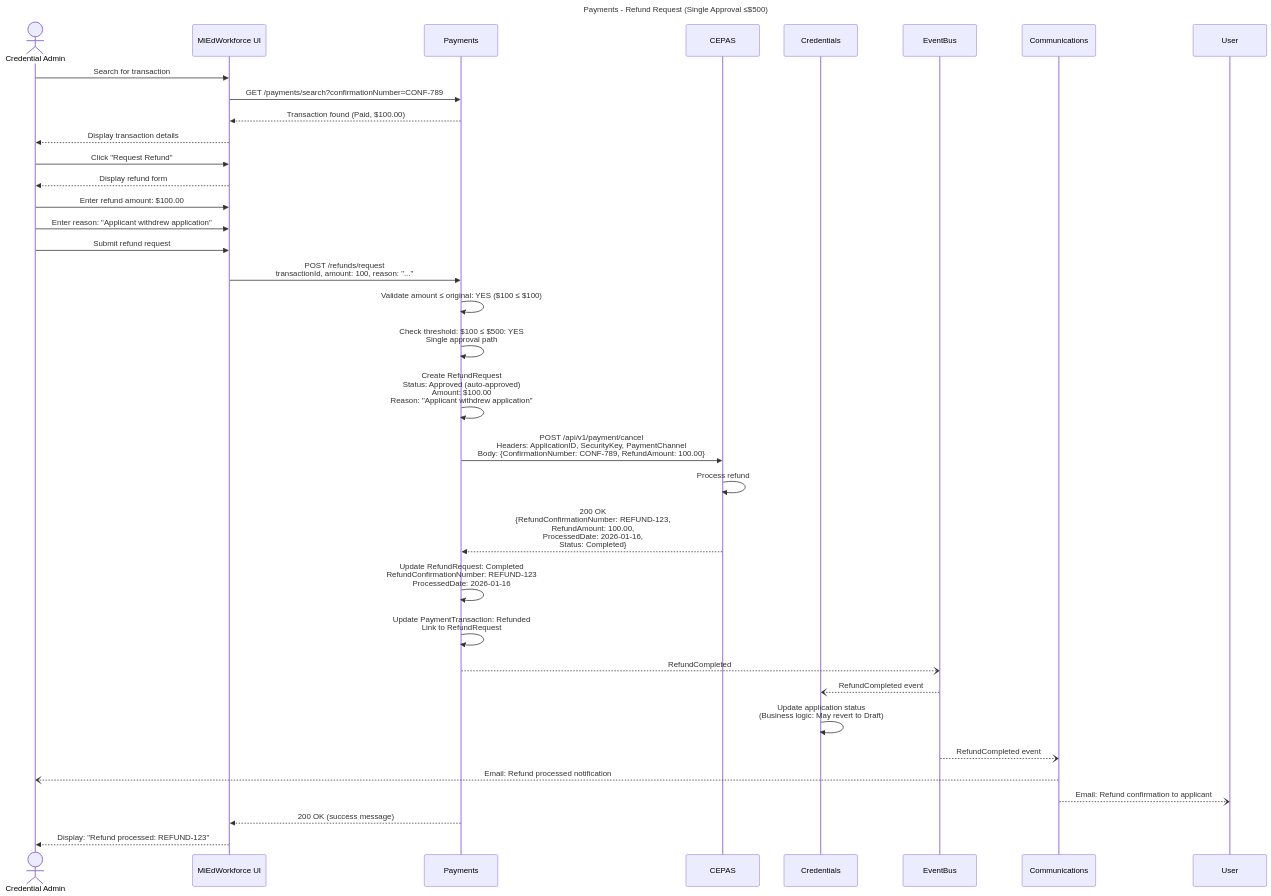
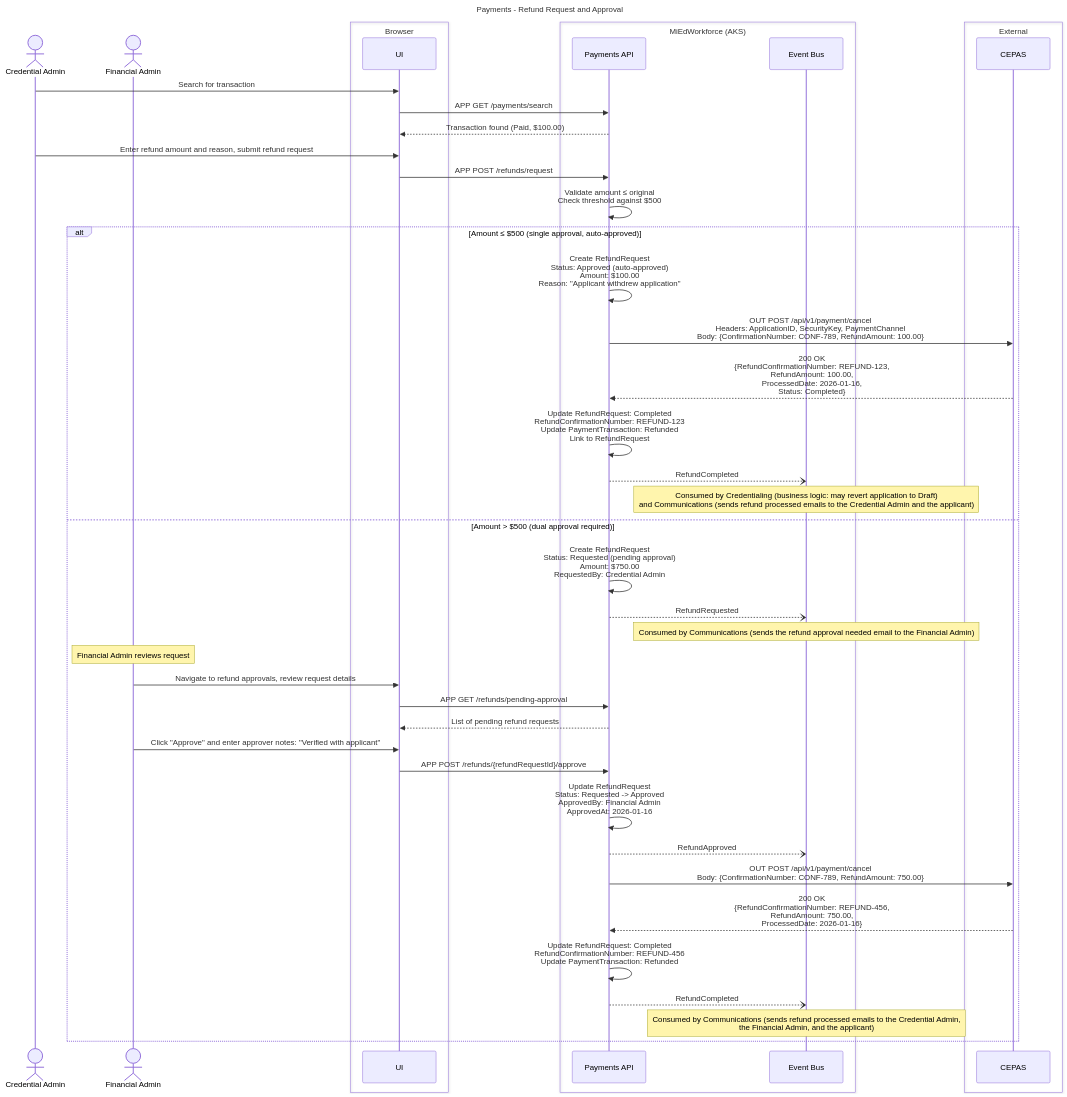
Before and after one commit to mnichols-dl/mied-design: the fifth of 11 diagrams in working-docs/solution-areas/payments/payments-sequences.md, drawn with Mermaid. The commit also changed other lines of this file and 34 other files, not shown here.

Commit message:
Update sequences and perform RTM assessment

````diff
--- a/working-docs/solution-areas/payments/payments-sequences.md
+++ b/working-docs/solution-areas/payments/payments-sequences.md
@@ -334,52 +297,66 @@
 ```mermaid
 ---
-title: Payments - Refund Request (Single Approval ≤$500)
+title: Payments - Refund Request and Approval
 ---
 sequenceDiagram
     actor CredAdmin as Credential Admin
-    participant UI as MiEdWorkforce UI
-    participant Payments
-    participant CEPAS
-    participant Credentials
-    participant EventBus
-    participant Comms as Communications
-    
+    actor FinAdmin as Financial Admin
+    box Browser
+        participant UI
+    end
+    box MiEdWorkforce (AKS)
+        participant PayApi as Payments API
+        participant EventBus as Event Bus
+    end
+    box External
+        participant CEPAS
+    end
+
     CredAdmin->>UI: Search for transaction
-    UI->>Payments: GET /payments/search?confirmationNumber=CONF-789
-    Payments-->>UI: Transaction found (Paid, $100.00)
-    UI-->>CredAdmin: Display transaction details
-    
-    CredAdmin->>UI: Click "Request Refund"
-    UI-->>CredAdmin: Display refund form
-    
-    CredAdmin->>UI: Enter refund amount: $100.00
-    CredAdmin->>UI: Enter reason: "Applicant withdrew application"
-    CredAdmin->>UI: Submit refund request
-    
-    UI->>Payments: POST /refunds/request<br/>transactionId, amount: 100, reason: "..."
-    
-    Payments->>Payments: Validate amount ≤ original: YES ($100 ≤ $100)
-    Payments->>Payments: Check threshold: $100 ≤ $500: YES<br/>Single approval path
-    
-    Payments->>Payments: Create RefundRequest<br/>Status: Approved (auto-approved)<br/>Amount: $100.00<br/>Reason: "Applicant withdrew application"
-    
-    Payments->>CEPAS: POST /api/v1/payment/cancel<br/>Headers: ApplicationID, SecurityKey, PaymentChannel<br/>Body: {ConfirmationNumber: CONF-789, RefundAmount: 100.00}
-    
-    CEPAS->>CEPAS: Process refund
-    CEPAS-->>Payments: 200 OK<br/>{RefundConfirmationNumber: REFUND-123,<br/>RefundAmount: 100.00,<br/>ProcessedDate: 2026-01-16,<br/>Status: Completed}
-    
-    Payments->>Payments: Update RefundRequest: Completed<br/>RefundConfirmationNumber: REFUND-123<br/>ProcessedDate: 2026-01-16
-    
-    Payments->>Payments: Update PaymentTransaction: Refunded<br/>Link to RefundRequest
-    
-    Payments--)EventBus: RefundCompleted
-    EventBus--)Credentials: RefundCompleted event
-    Credentials->>Credentials: Update application status<br/>(Business logic: May revert to Draft)
-    
-    EventBus--)Comms: RefundCompleted event
-    Comms--)CredAdmin: Email: Refund processed notification
-    Comms--)User: Email: Refund confirmation to applicant
-    
-    Payments-->>UI: 200 OK (success message)
-    UI-->>CredAdmin: Display: "Refund processed: REFUND-123"
+    UI->>PayApi: APP GET /payments/search
+    PayApi-->>UI: Transaction found (Paid, $100.00)
+
+    CredAdmin->>UI: Enter refund amount and reason, submit refund request
+    UI->>PayApi: APP POST /refunds/request
+
+    PayApi->>PayApi: Validate amount ≤ original<br/>Check threshold against $500
+
+    alt Amount ≤ $500 (single approval, auto-approved)
+        PayApi->>PayApi: Create RefundRequest<br/>Status: Approved (auto-approved)<br/>Amount: $100.00<br/>Reason: "Applicant withdrew application"
+
+        PayApi->>CEPAS: OUT POST /api/v1/payment/cancel<br/>Headers: ApplicationID, SecurityKey, PaymentChannel<br/>Body: {ConfirmationNumber: CONF-789, RefundAmount: 100.00}
+        CEPAS-->>PayApi: 200 OK<br/>{RefundConfirmationNumber: REFUND-123,<br/>RefundAmount: 100.00,<br/>ProcessedDate: 2026-01-16,<br/>Status: Completed}
+
+        PayApi->>PayApi: Update RefundRequest: Completed<br/>RefundConfirmationNumber: REFUND-123<br/>Update PaymentTransaction: Refunded<br/>Link to RefundRequest
+
+        PayApi--)EventBus: RefundCompleted
+        Note over EventBus: Consumed by Credentialing (business logic: may revert application to Draft)<br/>and Communications (sends refund processed emails to the Credential Admin and the applicant)
+
+    else Amount > $500 (dual approval required)
+        PayApi->>PayApi: Create RefundRequest<br/>Status: Requested (pending approval)<br/>Amount: $750.00<br/>RequestedBy: Credential Admin
+
+        PayApi--)EventBus: RefundRequested
+        Note over EventBus: Consumed by Communications (sends the refund approval needed email to the Financial Admin)
+
+        Note over FinAdmin: Financial Admin reviews request
+
+        FinAdmin->>UI: Navigate to refund approvals, review request details
+        UI->>PayApi: APP GET /refunds/pending-approval
+        PayApi-->>UI: List of pending refund requests
+
+        FinAdmin->>UI: Click "Approve" and enter approver notes: "Verified with applicant"
+        UI->>PayApi: APP POST /refunds/{refundRequestId}/approve
+
+        PayApi->>PayApi: Update RefundRequest<br/>Status: Requested -> Approved<br/>ApprovedBy: Financial Admin<br/>ApprovedAt: 2026-01-16
+
+        PayApi--)EventBus: RefundApproved
+
+        PayApi->>CEPAS: OUT POST /api/v1/payment/cancel<br/>Body: {ConfirmationNumber: CONF-789, RefundAmount: 750.00}
+        CEPAS-->>PayApi: 200 OK<br/>{RefundConfirmationNumber: REFUND-456,<br/>RefundAmount: 750.00,<br/>ProcessedDate: 2026-01-16}
+
+        PayApi->>PayApi: Update RefundRequest: Completed<br/>RefundConfirmationNumber: REFUND-456<br/>Update PaymentTransaction: Refunded
+
+        PayApi--)EventBus: RefundCompleted
+        Note over EventBus: Consumed by Communications (sends refund processed emails to the Credential Admin,<br/>the Financial Admin, and the applicant)
+    end
 ```
````
